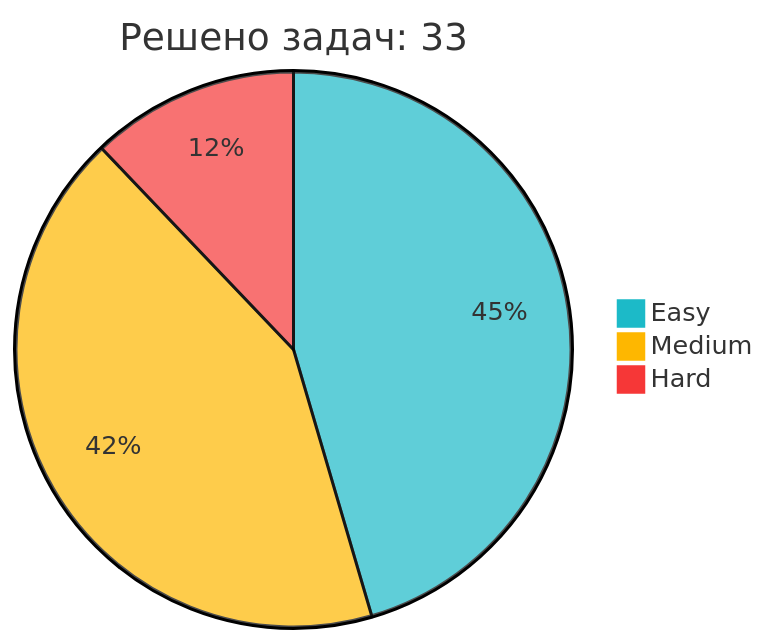
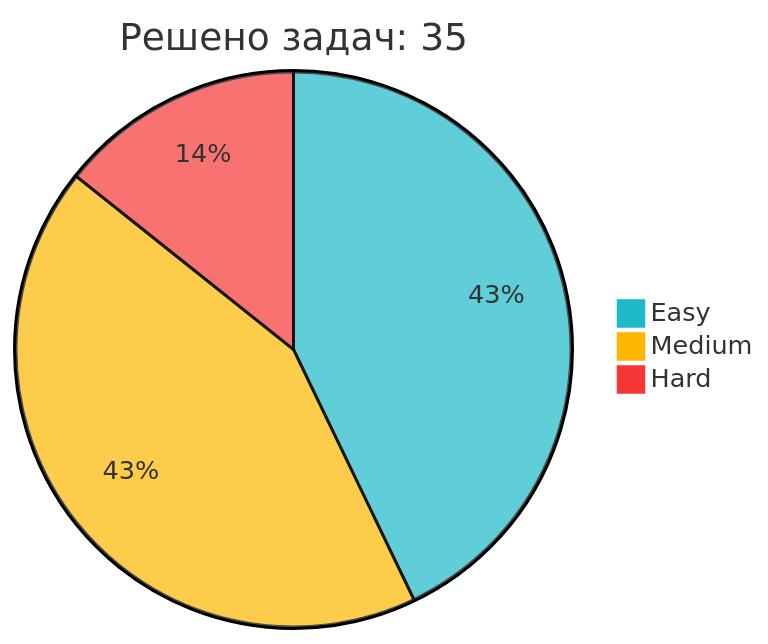
One commit to IliaKurdukov/IliaKurdukov changed the diagram in README.md. Above: the diagram before and after it, drawn with Mermaid. The commit also changed other lines of this file, not shown here.

Commit message:
📈 Обновление статистики LeetCode

````diff
--- a/README.md
+++ b/README.md
@@ -51,7 +51,7 @@
 ```mermaid
 %%{init: {'theme': 'base', 'themeVariables': { 'pie1': '#1CBAC8', 'pie2': '#FEB700', 'pie3': '#F63737' }, 'config': {'width': 300, 'height': 200}}}%%
-pie title Решено задач: 33
+pie title Решено задач: 35
    "Easy" : 15
-   "Medium" : 14
-   "Hard" : 4
+   "Medium" : 15
+   "Hard" : 5
 ```
````
